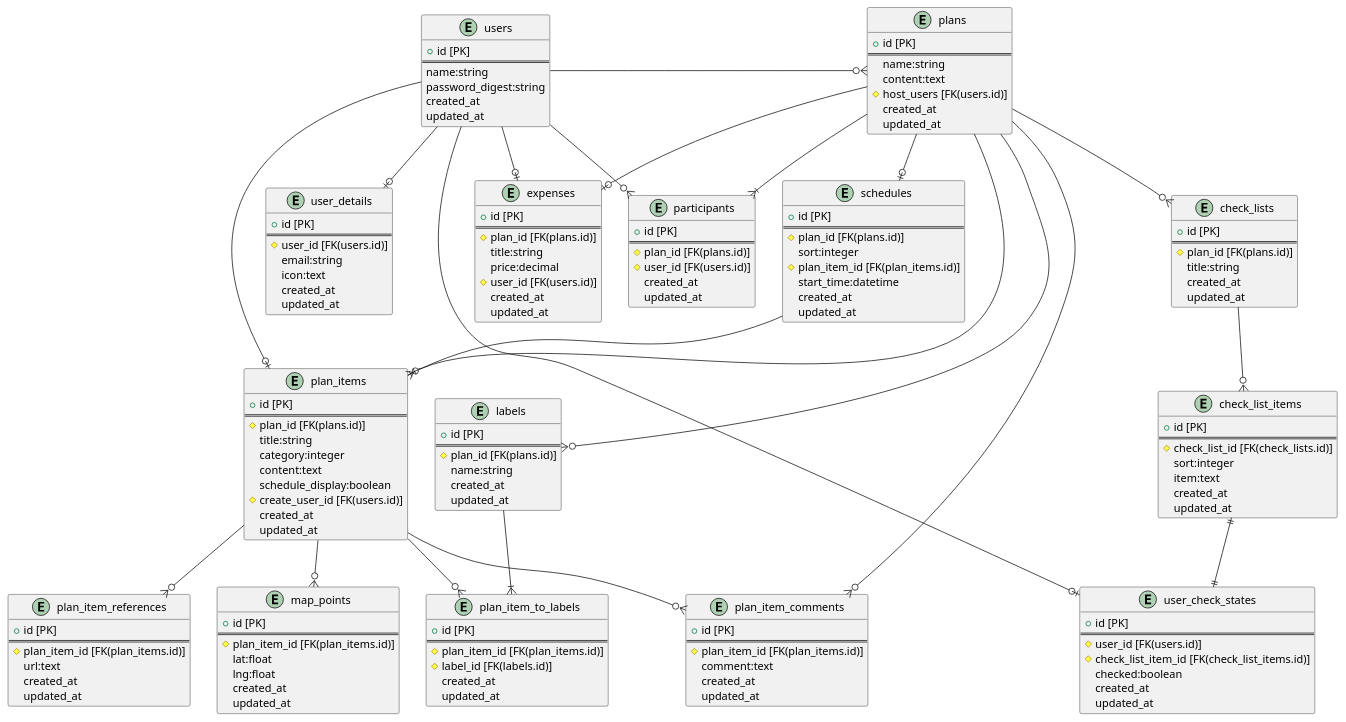
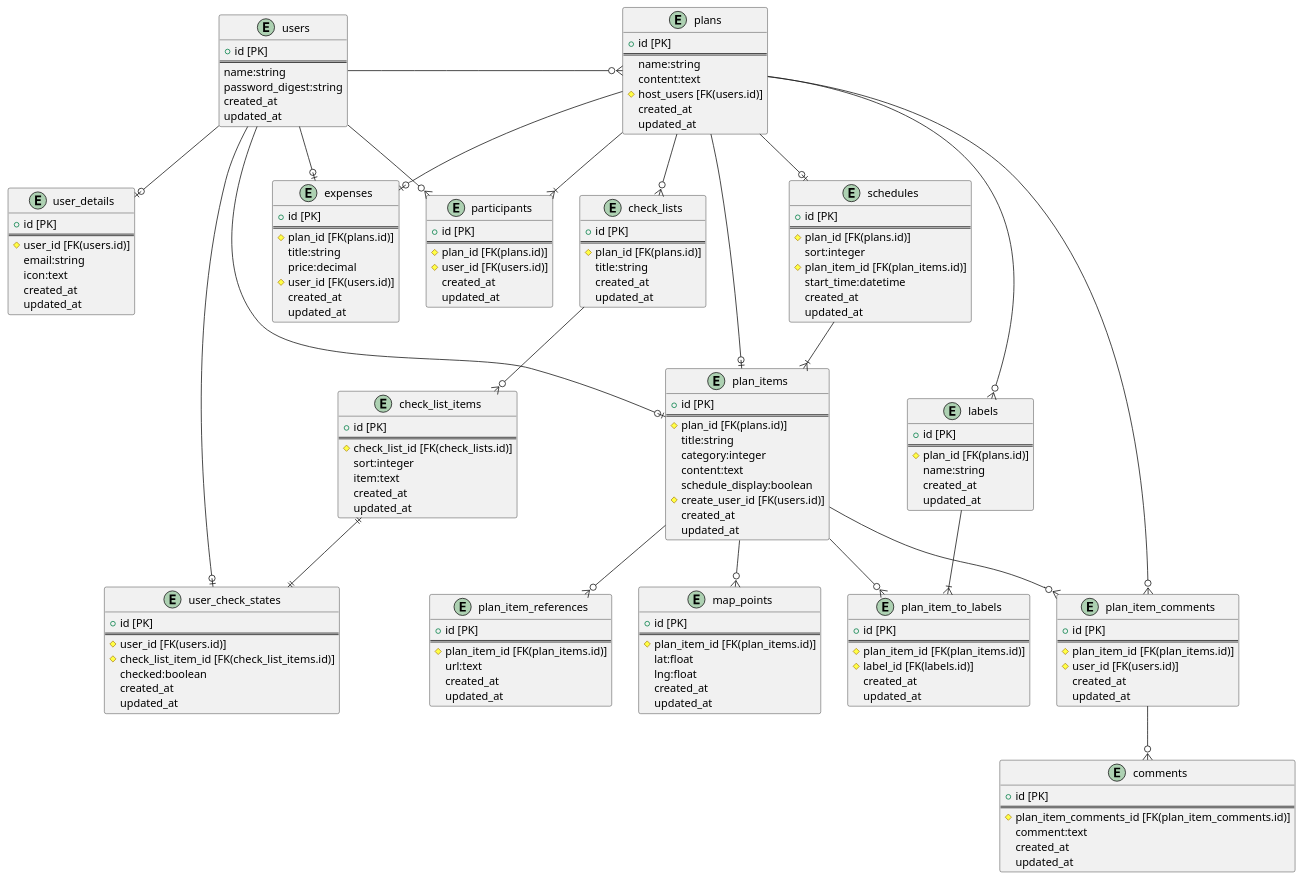
One commit to missyu3/our_trip_old changed the diagram in doc/table.puml. Above: the diagram before and after it, drawn with PlantUML. The commit also changed 1 other file, not shown here.

```diff
--- a/doc/table.puml
+++ b/doc/table.puml
@@ -1,173 +1,184 @@
 @startuml EntityRelationship
 entity "users" {
     + id [PK]
     ==
     name:string
     password_digest:string
     created_at
     updated_at
 }
 
 entity "user_details" {
     + id [PK]
     ==
     # user_id [FK(users.id)]
     email:string
     icon:text
     created_at
     updated_at
 }
 
 entity "participants" {
     + id [PK]
     ==
     # plan_id [FK(plans.id)]
     # user_id [FK(users.id)]
     created_at
     updated_at
 }
 
 entity "plans" {
     + id [PK]
     ==
     name:string
     content:text
     # host_users [FK(users.id)]
     created_at
     updated_at
 }
 
 entity "schedules" {
     + id [PK]
     ==
     # plan_id [FK(plans.id)]
     sort:integer
     # plan_item_id [FK(plan_items.id)]
     start_time:datetime
     created_at
     updated_at
 }
 
 
 entity "plan_items" {
     + id [PK]
     ==
     # plan_id [FK(plans.id)]
     title:string
     category:integer
     content:text
     schedule_display:boolean
     # create_user_id [FK(users.id)]
     created_at
     updated_at
 }
 
 entity "labels" {
     + id [PK]
     ==
     # plan_id [FK(plans.id)]
     name:string
     created_at
     updated_at
 }
 
 entity "plan_item_to_labels" {
     + id [PK]
     ==
     # plan_item_id [FK(plan_items.id)]
     # label_id [FK(labels.id)]
     created_at
     updated_at
 }
 
 entity "plan_item_references" {
     + id [PK]
     ==
     # plan_item_id [FK(plan_items.id)]
     url:text
     created_at
     updated_at
 }
 
-entity "plan_item_comments" {
-    + id [PK]
-    ==
-    # plan_item_id [FK(plan_items.id)]
-    comment:text
-    created_at
-    updated_at
-}
-
 entity "map_points" {
     + id [PK]
     ==
     # plan_item_id [FK(plan_items.id)]
     lat:float
     lng:float
     created_at
     updated_at
 }
 
 entity "check_lists" {
     + id [PK]
     ==
     # plan_id [FK(plans.id)]
     title:string
     created_at
     updated_at
 }
 
 entity "check_list_items" {
     + id [PK] 
     ==
     # check_list_id [FK(check_lists.id)]
     sort:integer
     item:text
     created_at
     updated_at
 }
 
 entity "user_check_states" {
     + id [PK]
     ==
     # user_id [FK(users.id)]
     # check_list_item_id [FK(check_list_items.id)]
     checked:boolean
     created_at
     updated_at
 }
 
 entity "expenses" {
     + id [PK]
     ==
     # plan_id [FK(plans.id)]
     title:string
     price:decimal
     # user_id [FK(users.id)]
     created_at
     updated_at
 }
 
+entity "plan_item_comments" {
+    + id [PK]
+    ==
+    # plan_item_id [FK(plan_items.id)]
+    # user_id [FK(users.id)]
+    created_at
+    updated_at
+}
+
+entity "comments" {
+    + id [PK]
+    ==
+    # plan_item_comments_id [FK(plan_item_comments.id)]
+    comment:text
+    created_at
+    updated_at
+}
+
+
 users --o| user_details
 users --right--o{ plans
 users --o{ participants
 users --o| user_check_states
 users --o| plan_items
 users --o| expenses
 plans --o{ plan_item_comments
 plans --o| schedules
 plans --o| expenses
 plans --o| plan_items
 plans --o{ labels
 plans --|{ participants
 plans --o{ check_lists
 schedules --|{ plan_items
 check_lists --o{ check_list_items
 check_list_items ||--|| user_check_states
 plan_items --o{ plan_item_comments
 plan_items --o{ plan_item_references
 plan_items --o{ map_points
 plan_items --o{ plan_item_to_labels
 labels --|{ plan_item_to_labels
+plan_item_comments --o{ comments
 
 @enduml
```
